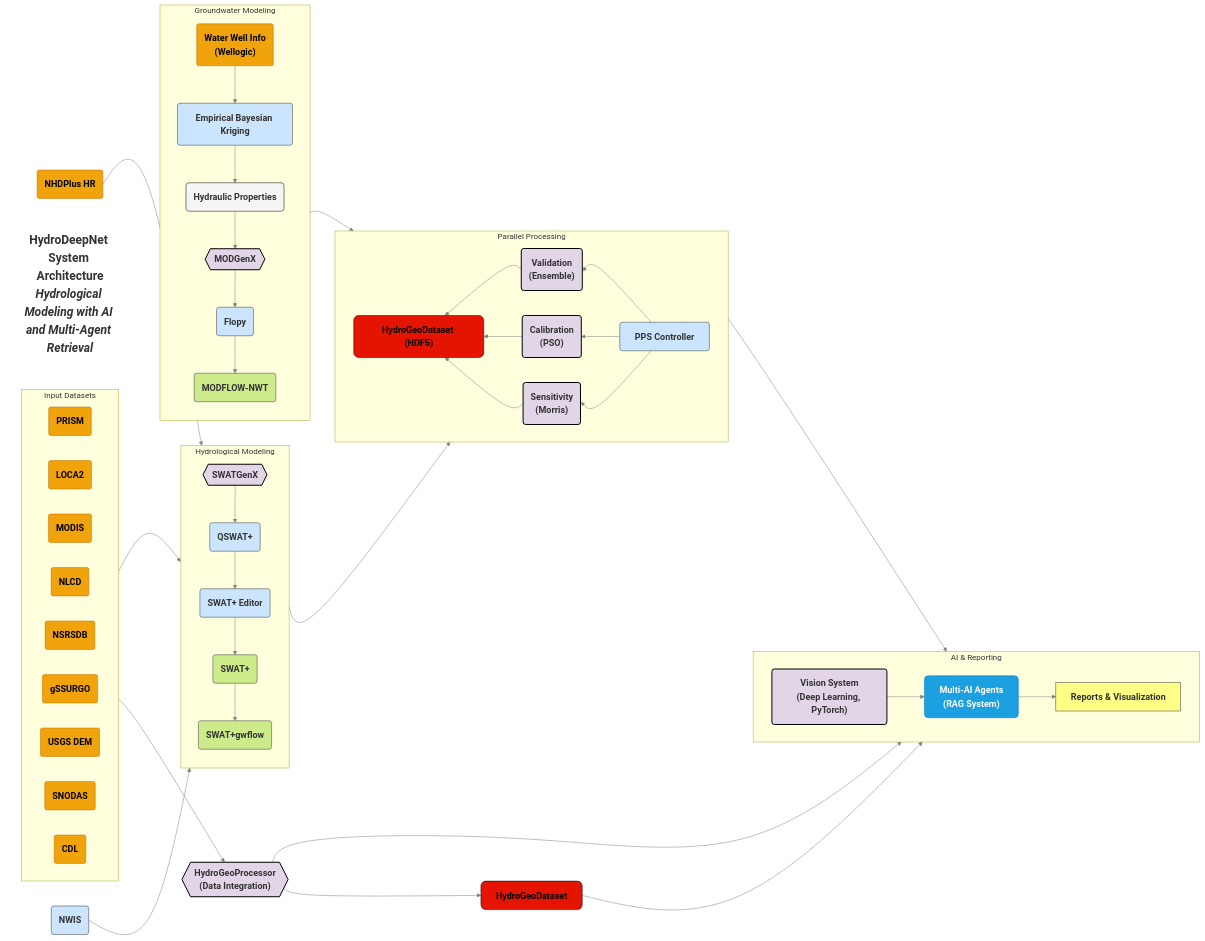
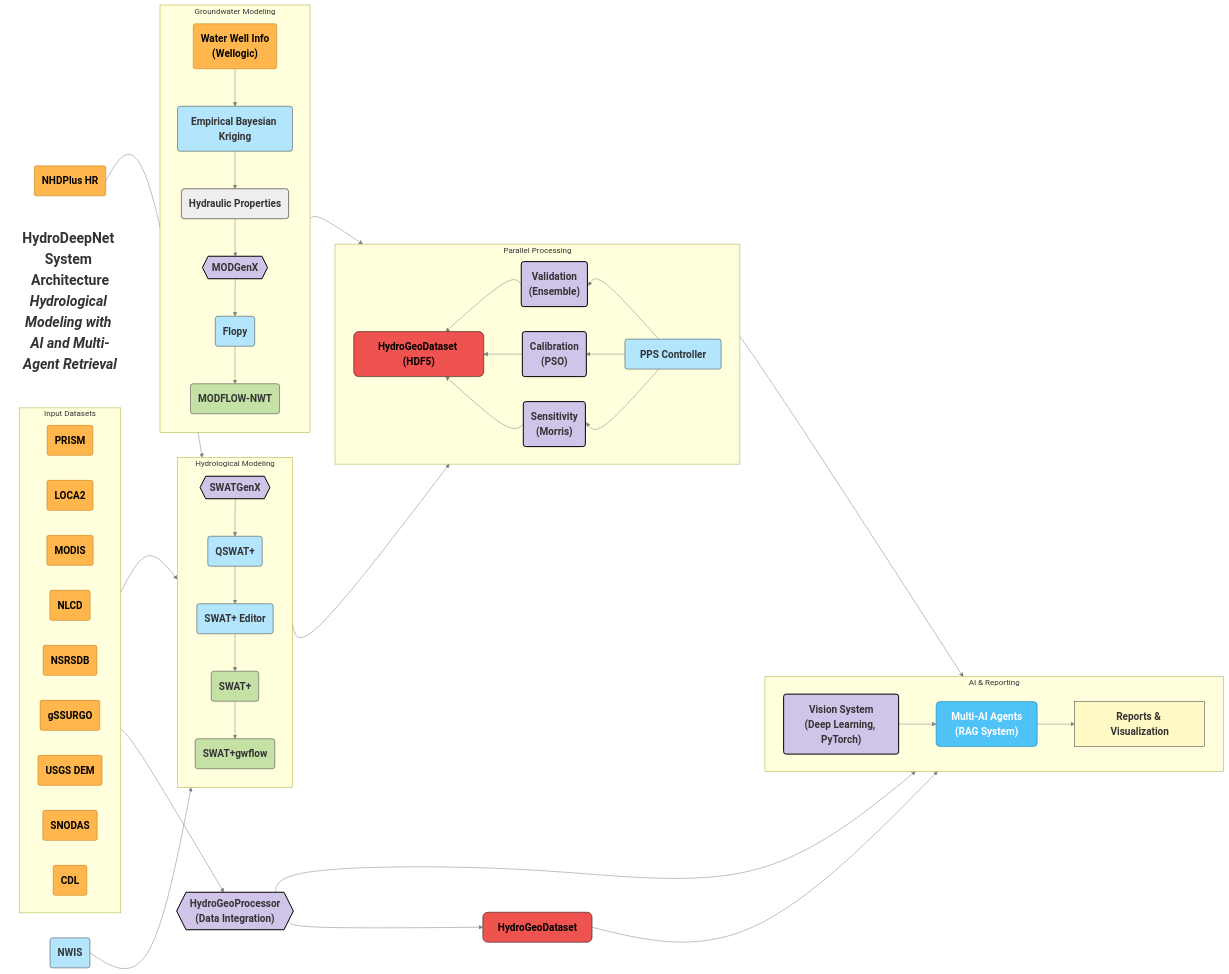
The diagram in README.md (VahidMSU/HydroDeepNet), drawn with Mermaid before and after one commit.

Commit message:
Fix Mermaid rendering issue

````diff
--- a/README.md
+++ b/README.md
@@ -71,7 +71,7 @@
         Validation("Validation<br>(Ensemble)"):::developed
         Calibration("Calibration<br>(PSO)"):::developed
         Sensitivity("Sensitivity<br>(Morris)"):::developed
-        hydroGeoHDFCyl["HydroGeoDataset (HDF5)"]:::storage
+        hydroGeoHDFCyl["HydroGeoDataset (HDF5) "]:::storage
     end
 
     %% 5. AI & REPORTING
@@ -124,14 +124,14 @@
     MultiAI --> Reports
 
     %% STYLING
-    classDef title font-size:24px,fill:none,stroke:none,font-weight:bold,text-align:center
-    classDef developed font-size:18px,fill:#e1d5e7,stroke:#000000,stroke-width:2px,rx:5,ry:5,font-weight:bold
-    classDef existing font-size:18px,fill:#cce5ff,stroke:#36393d,stroke-width:1px,rx:5,ry:5,font-weight:bold
-    classDef models font-size:18px,fill:#cdeb8b,stroke:#36393d,stroke-width:1px,rx:5,ry:5,font-weight:bold
-    classDef datasource font-size:18px,fill:#f0a30a,stroke:#BD7000,stroke-width:1px,rx:4,ry:4,color:#000000,font-weight:bold
-    classDef process font-size:18px,fill:#f5f5f5,stroke:#000000,stroke-width:1px,rx:6,ry:6,font-weight:bold
-    classDef storage font-size:18px,fill:#e51400,stroke:#000000,stroke-width:1px,rx:10,ry:10,color:#000000,font-weight:bold
-    classDef llm font-size:18px,fill:#1ba1e2,stroke:#006EAF,stroke-width:1px,rx:8,ry:8,color:white,font-weight:bold
-    classDef document font-size:18px,fill:#ffff88,stroke:#36393d,stroke-width:1px,font-weight:bold
+    classDef title font-size:28px,fill:none,stroke:none,font-weight:bold,text-align:center
+    classDef developed font-size:20px,fill:#d1c4e9,stroke:#000000,stroke-width:2px,rx:5,ry:5,font-weight:bold
+    classDef existing font-size:20px,fill:#b3e5fc,stroke:#36393d,stroke-width:1px,rx:5,ry:5,font-weight:bold
+    classDef models font-size:20px,fill:#c5e1a5,stroke:#36393d,stroke-width:1px,rx:5,ry:5,font-weight:bold
+    classDef datasource font-size:20px,fill:#ffb74d,stroke:#BD7000,stroke-width:1px,rx:4,ry:4,color:#000000,font-weight:bold
+    classDef process font-size:20px,fill:#eeeeee,stroke:#000000,stroke-width:1px,rx:6,ry:6,font-weight:bold
+    classDef storage font-size:20px,fill:#ef5350,stroke:#000000,stroke-width:1px,rx:10,ry:10,color:#000000,font-weight:bold
+    classDef llm font-size:20px,fill:#4fc3f7,stroke:#006EAF,stroke-width:1px,rx:8,ry:8,color:white,font-weight:bold
+    classDef document font-size:20px,fill:#fff9c4,stroke:#36393d,stroke-width:1px,font-weight:bold
     linkStyle default stroke:gray;
 ```
````
